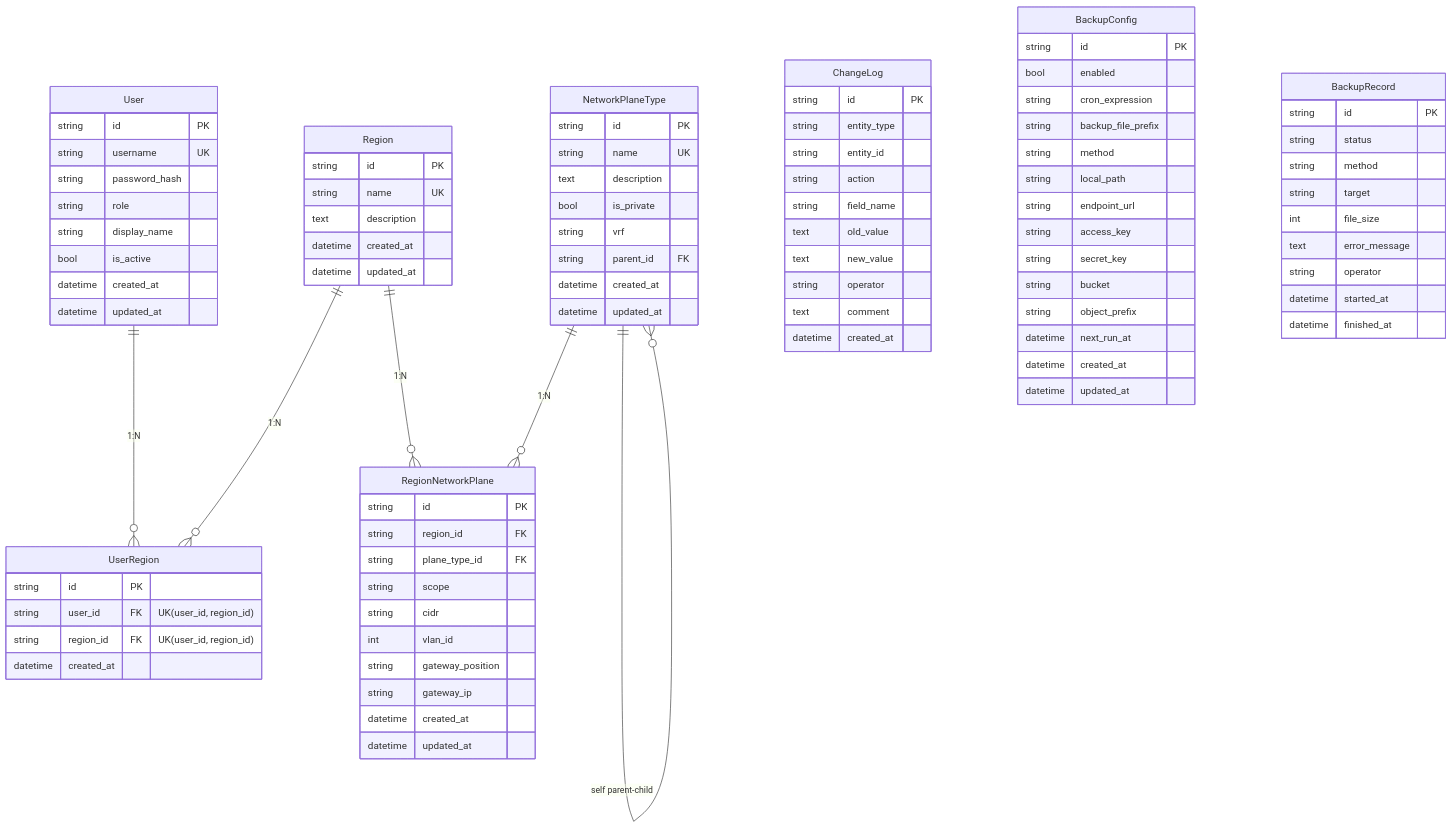
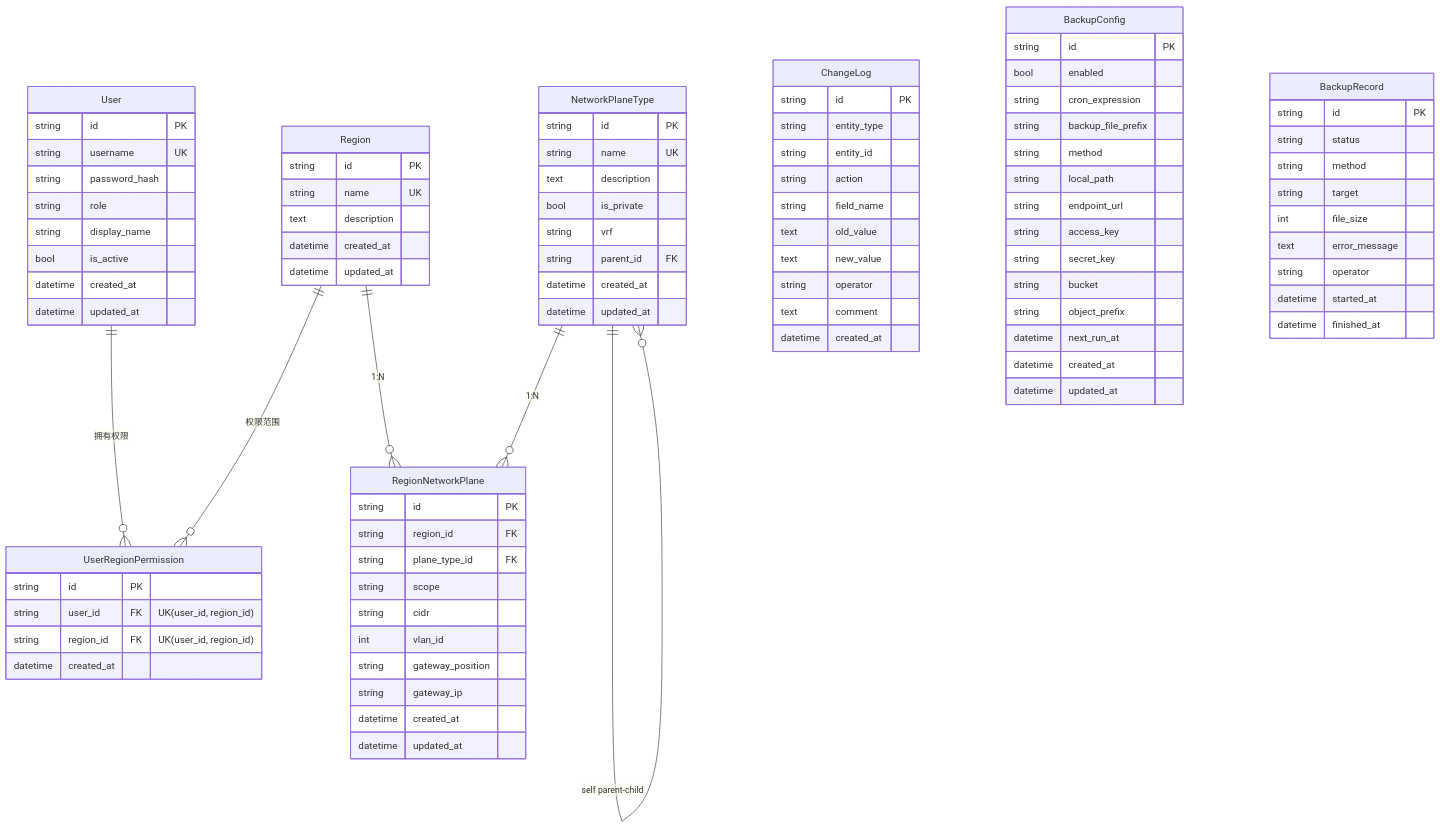
The second of 4 diagrams in SYSTEM_DESIGN.md (zhou-xingxing/hcs-lld-management), drawn with Mermaid before and after one commit. The commit also changed other lines of this file and 12 other files, not shown here.

````diff
--- a/SYSTEM_DESIGN.md
+++ b/SYSTEM_DESIGN.md
@@ -98,7 +98,7 @@
 ```mermaid
 erDiagram
-    User ||--o{ UserRegion : "1:N"
-    Region ||--o{ UserRegion : "1:N"
+    User ||--o{ UserRegionPermission : "拥有权限"
+    Region ||--o{ UserRegionPermission : "权限范围"
     Region ||--o{ RegionNetworkPlane : "1:N"
     NetworkPlaneType ||--o{ NetworkPlaneType : "self parent-child"
     NetworkPlaneType ||--o{ RegionNetworkPlane : "1:N"
@@ -114,7 +114,7 @@
         datetime updated_at
     }
 
-    UserRegion {
+    UserRegionPermission {
         string id PK
         string user_id FK "UK(user_id, region_id)"
         string region_id FK "UK(user_id, region_id)"
````
